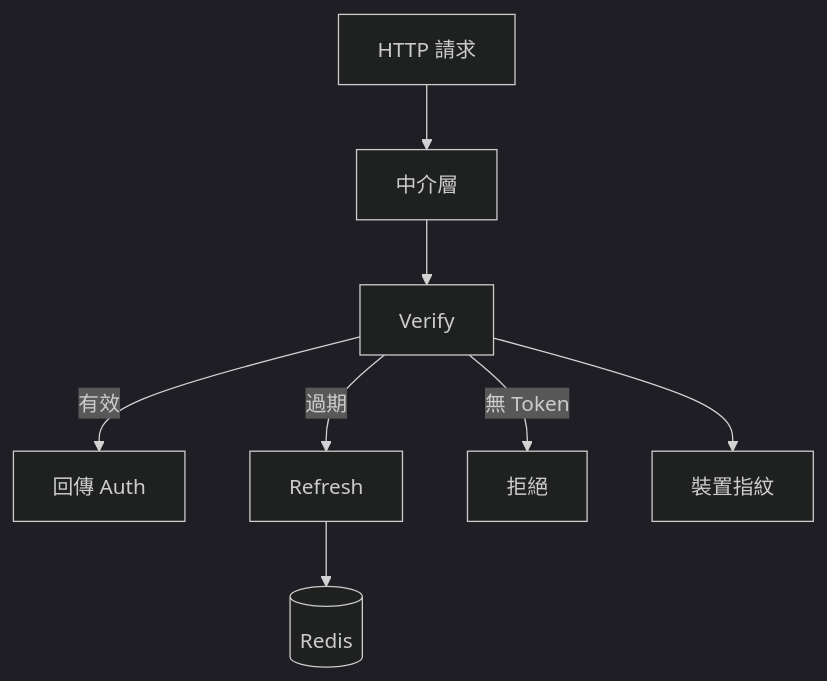
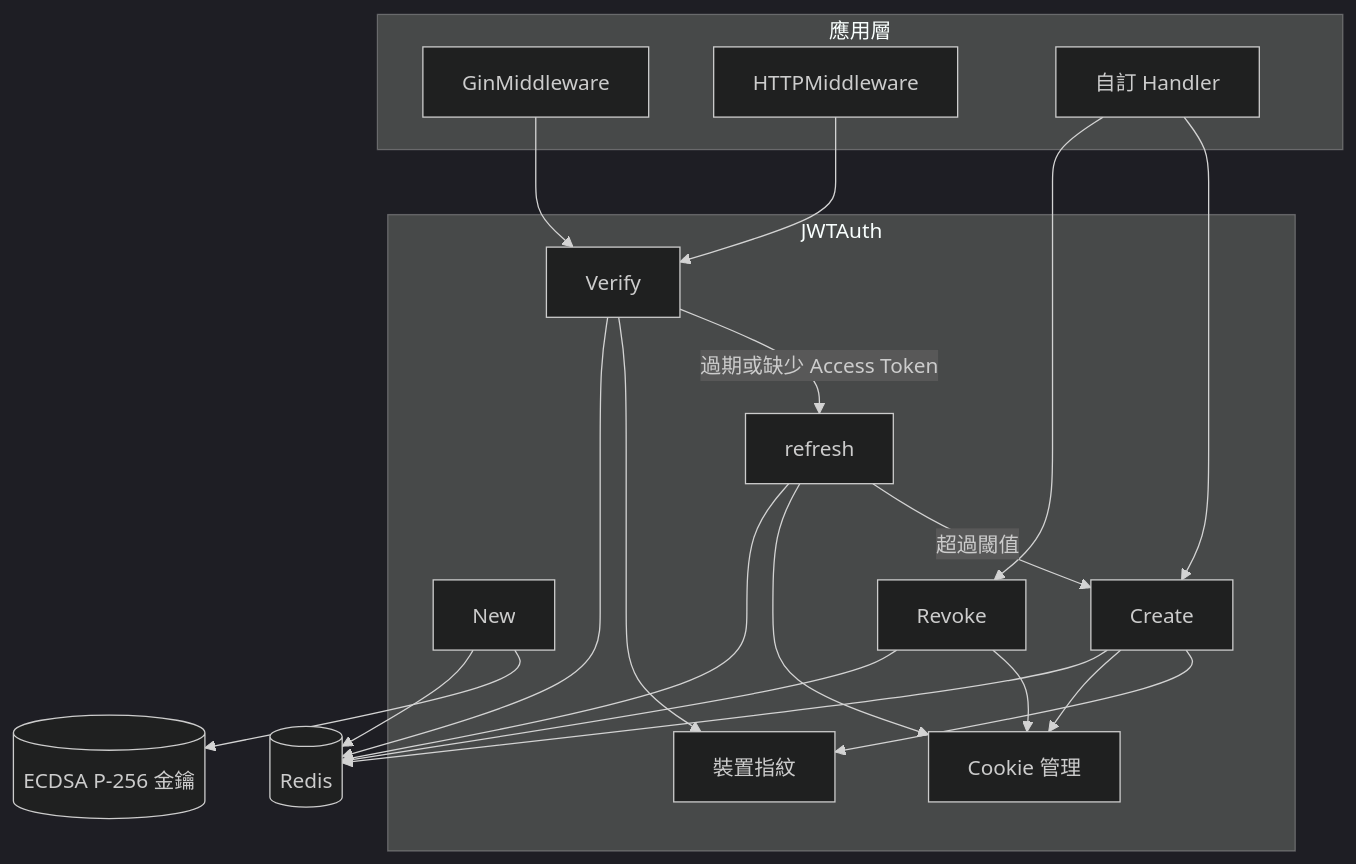
One commit to pardnchiu/go-jwt changed the first of 13 diagrams in doc/architecture.zh.md. Above: the diagram before and after it, drawn with Mermaid (dark theme). The commit also changed other lines of this file and 6 other files, not shown here.

Commit message:
doc: Regenerate bilingual README, technical docs, and architecture diagrams

````diff
--- a/doc/architecture.zh.md
+++ b/doc/architecture.zh.md
@@ -7,10 +7,37 @@
 ```mermaid
 graph TB
-    REQ[HTTP 請求] --> MW[中介層]
-    MW --> V[Verify]
-    V -->|有效| AUTH[回傳 Auth]
-    V -->|過期| RF[Refresh]
-    V -->|無 Token| DENY[拒絕]
-    RF --> REDIS[(Redis)]
-    V --> FP[裝置指紋]
+    subgraph 應用層
+        GIN[GinMiddleware]
+        HTTP[HTTPMiddleware]
+        APP[自訂 Handler]
+    end
+
+    subgraph JWTAuth
+        NEW[New]
+        CREATE[Create]
+        VERIFY[Verify]
+        REFRESH[refresh]
+        REVOKE[Revoke]
+        FP[裝置指紋]
+        COOKIE[Cookie 管理]
+    end
+
+    GIN --> VERIFY
+    HTTP --> VERIFY
+    APP --> CREATE
+    APP --> REVOKE
+    VERIFY -->|過期或缺少 Access Token| REFRESH
+    REFRESH -->|超過閾值| CREATE
+    CREATE --> FP
+    VERIFY --> FP
+    CREATE --> COOKIE
+    REFRESH --> COOKIE
+    REVOKE --> COOKIE
+
+    NEW --> PEM[(ECDSA P-256 金鑰)]
+    NEW --> REDIS[(Redis)]
+    CREATE --> REDIS
+    VERIFY --> REDIS
+    REFRESH --> REDIS
+    REVOKE --> REDIS
 ```
````
